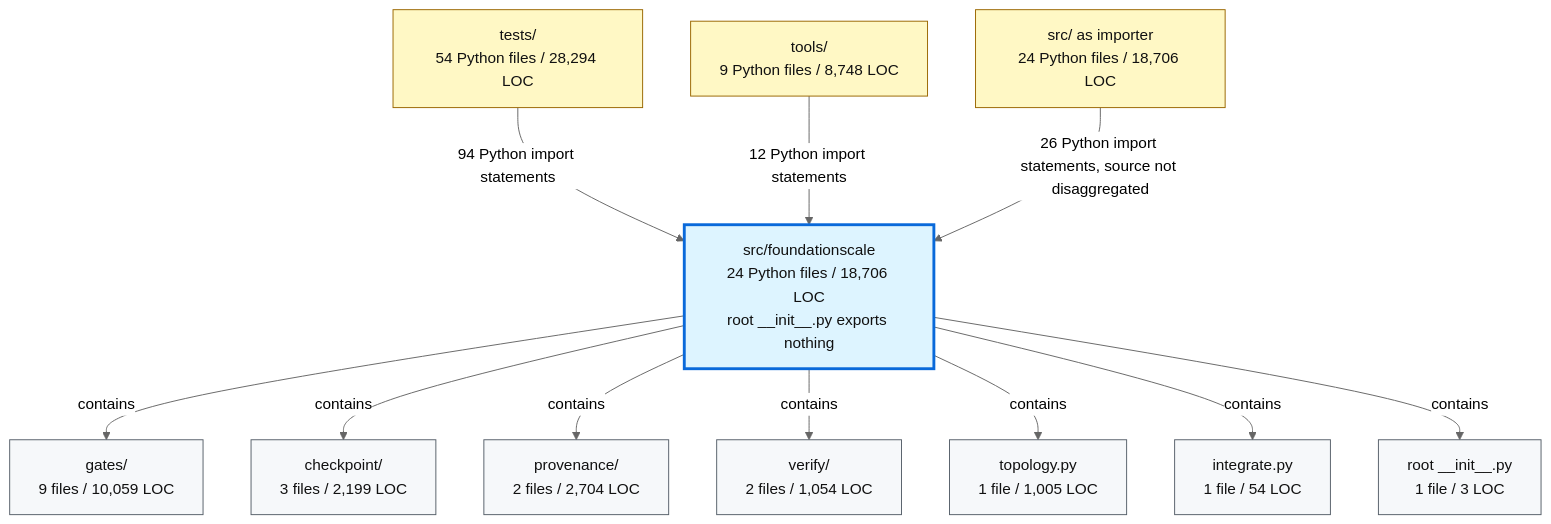
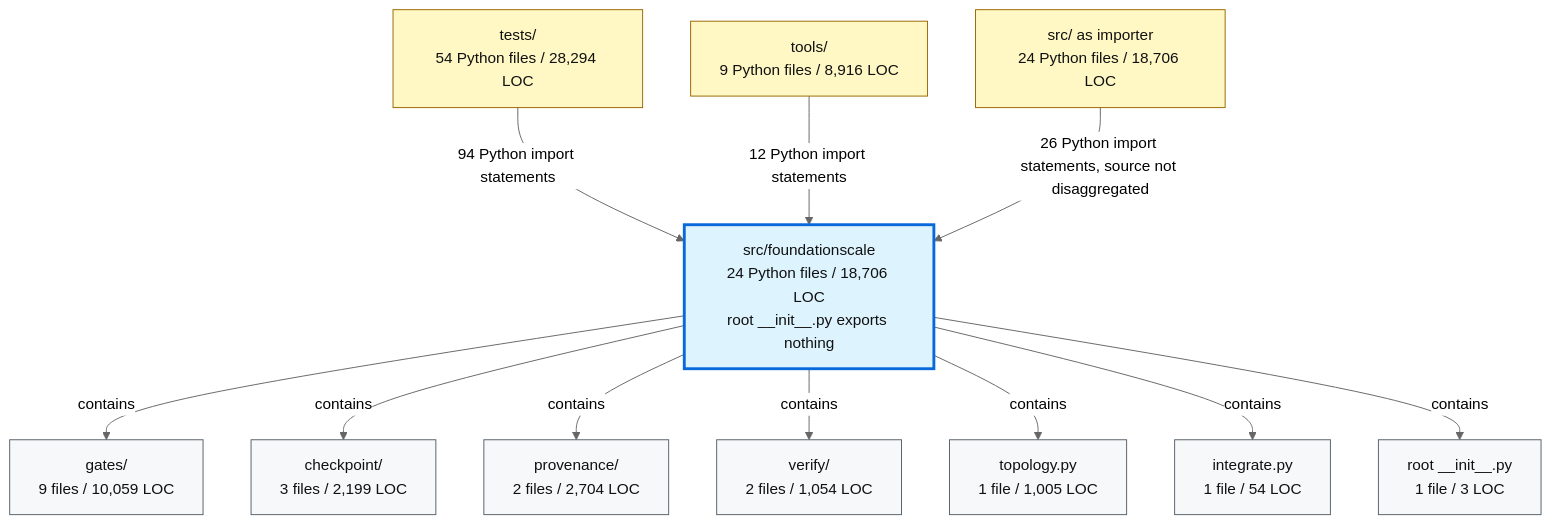
Before and after one commit to TranNhiem/FoundationScale: the second of 2 diagrams in docs/review/D2_current_architecture.md, drawn with Mermaid (neutral theme). The commit also changed other lines of this file and 6 other files, not shown here.

````diff
--- a/docs/review/D2_current_architecture.md
+++ b/docs/review/D2_current_architecture.md
@@ -93,36 +93,36 @@
 ```mermaid
 flowchart TB
   TESTS["tests/<br/>54 Python files / 28,294 LOC"]
-  TOOLS["tools/<br/>9 Python files / 8,748 LOC"]
+  TOOLS["tools/<br/>9 Python files / 8,916 LOC"]
   SRC["src/ as importer<br/>24 Python files / 18,706 LOC"]
 
   FS["src/foundationscale<br/>24 Python files / 18,706 LOC<br/>root __init__.py exports nothing"]
 
   GATES["gates/<br/>9 files / 10,059 LOC"]
   CKPT["checkpoint/<br/>3 files / 2,199 LOC"]
   PROV["provenance/<br/>2 files / 2,704 LOC"]
   VERIFY["verify/<br/>2 files / 1,054 LOC"]
   TOPO["topology.py<br/>1 file / 1,005 LOC"]
   INTEG["integrate.py<br/>1 file / 54 LOC"]
   ROOT["root __init__.py<br/>1 file / 3 LOC"]
 
   TESTS -->|"94 Python import statements"| FS
   TOOLS -->|"12 Python import statements"| FS
   SRC -->|"26 Python import statements, source not disaggregated"| FS
 
   FS -->|"contains"| GATES
   FS -->|"contains"| CKPT
   FS -->|"contains"| PROV
   FS -->|"contains"| VERIFY
   FS -->|"contains"| TOPO
   FS -->|"contains"| INTEG
   FS -->|"contains"| ROOT
 
   classDef consumer fill:#fff8c5,stroke:#9a6700,color:#111;
   classDef package fill:#ddf4ff,stroke:#0969da,stroke-width:3px,color:#111;
   classDef module fill:#f6f8fa,stroke:#57606a,color:#111;
 
   class TESTS,TOOLS,SRC consumer;
   class FS package;
   class GATES,CKPT,PROV,VERIFY,TOPO,INTEG,ROOT module;
 ```
````
